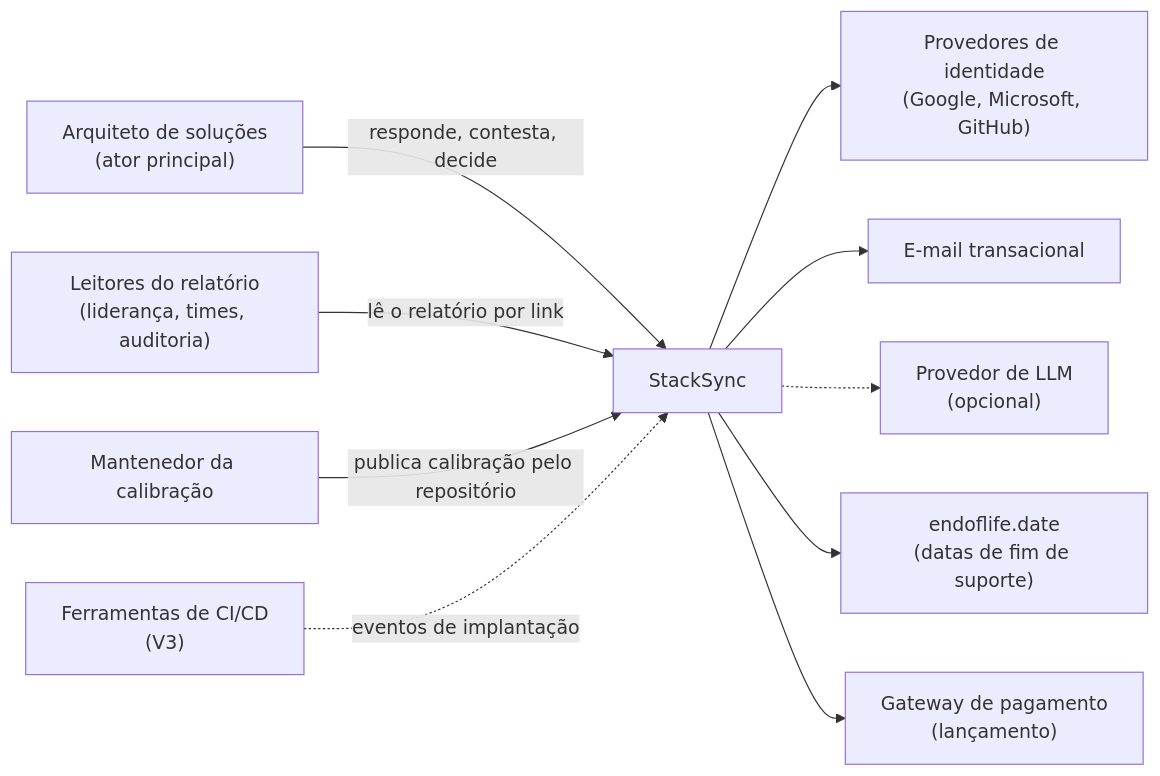
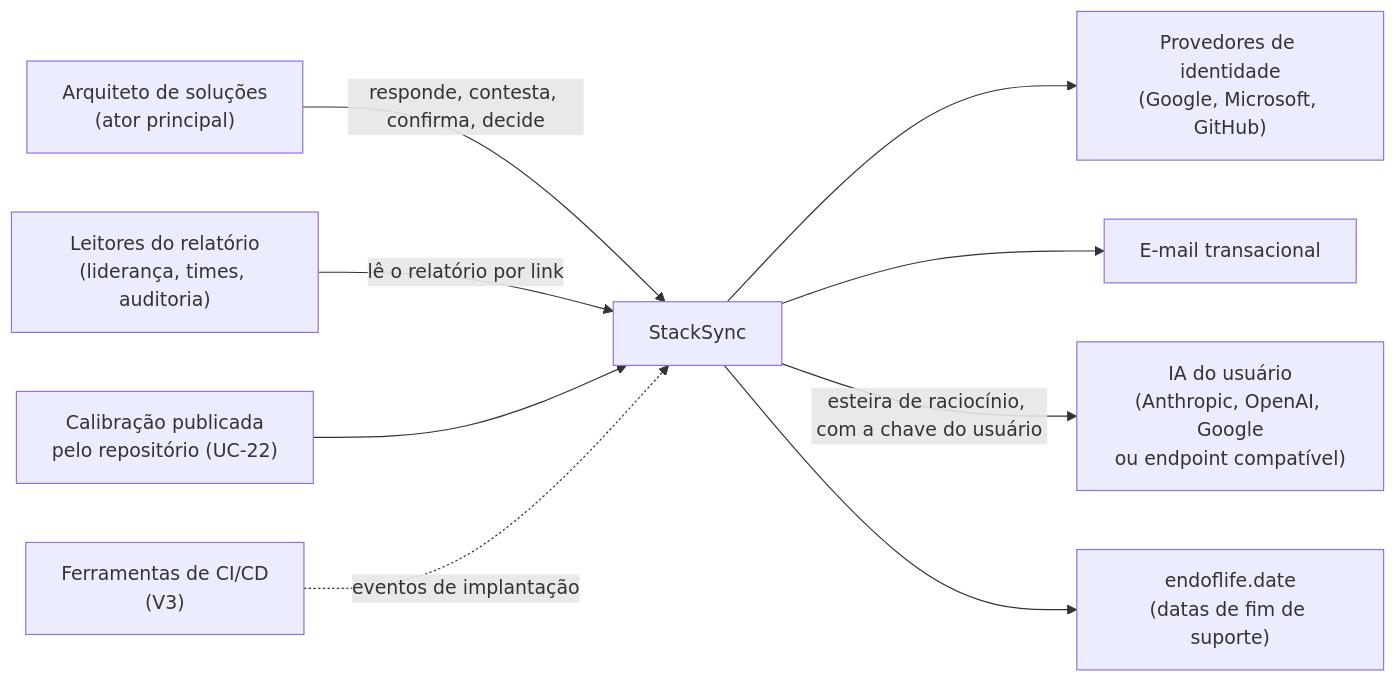
Before and after one commit to RecheEduardo/stacksync: the first of 8 diagrams in StackSync - Parte 4 Arquitetura e planejamento técnico.md, drawn with Mermaid. The commit also changed other lines of this file, not shown here.

First line of the commit message:
docs: ajusta a Parte 4 ao novo escopo (IA do usuário, sem custos)

````diff
--- a/StackSync - Parte 4 Arquitetura e planejamento técnico.md
+++ b/StackSync - Parte 4 Arquitetura e planejamento técnico.md
@@ -301,22 +311,20 @@
 ```mermaid
 flowchart LR
   ARQ["Arquiteto de soluções<br/>(ator principal)"]
   LEI["Leitores do relatório<br/>(liderança, times, auditoria)"]
-  MAN["Mantenedor da calibração"]
+  CAL["Calibração publicada<br/>pelo repositório (UC-22)"]
   SS["StackSync"]
   OAUTH["Provedores de identidade<br/>(Google, Microsoft, GitHub)"]
   MAIL["E-mail transacional"]
-  LLM["Provedor de LLM<br/>(opcional)"]
+  IAU["IA do usuário<br/>(Anthropic, OpenAI, Google<br/>ou endpoint compatível)"]
   EOL["endoflife.date<br/>(datas de fim de suporte)"]
-  PAY["Gateway de pagamento<br/>(lançamento)"]
   CICD["Ferramentas de CI/CD<br/>(V3)"]
-  ARQ -->|"responde, contesta, decide"| SS
+  ARQ -->|"responde, contesta, confirma, decide"| SS
   LEI -->|"lê o relatório por link"| SS
-  MAN -->|"publica calibração pelo repositório"| SS
+  CAL --> SS
   SS --> OAUTH
   SS --> MAIL
-  SS -.-> LLM
+  SS -->|"esteira de raciocínio, com a chave do usuário"| IAU
   SS --> EOL
-  SS --> PAY
   CICD -.->|"eventos de implantação"| SS
 ```
````
